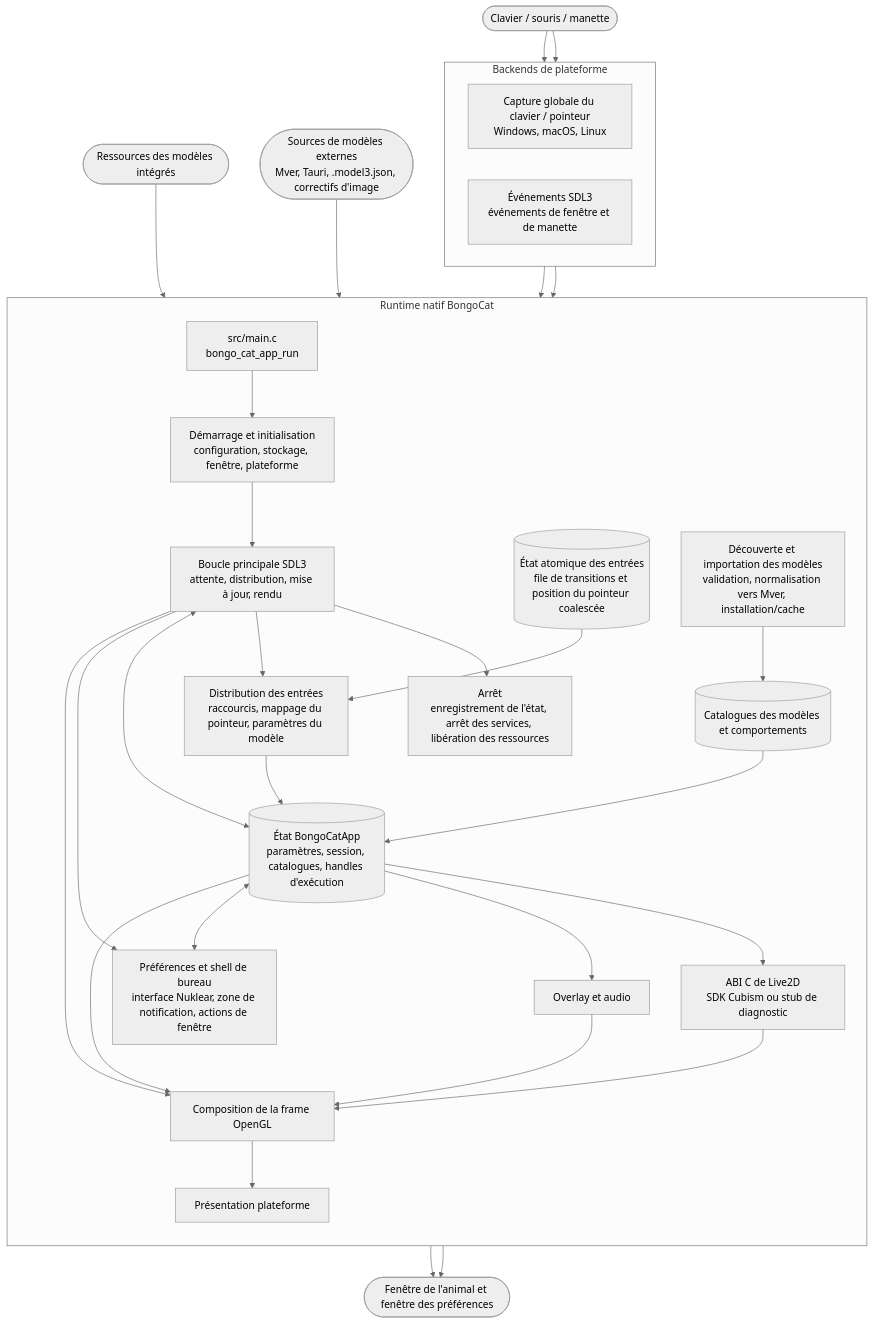
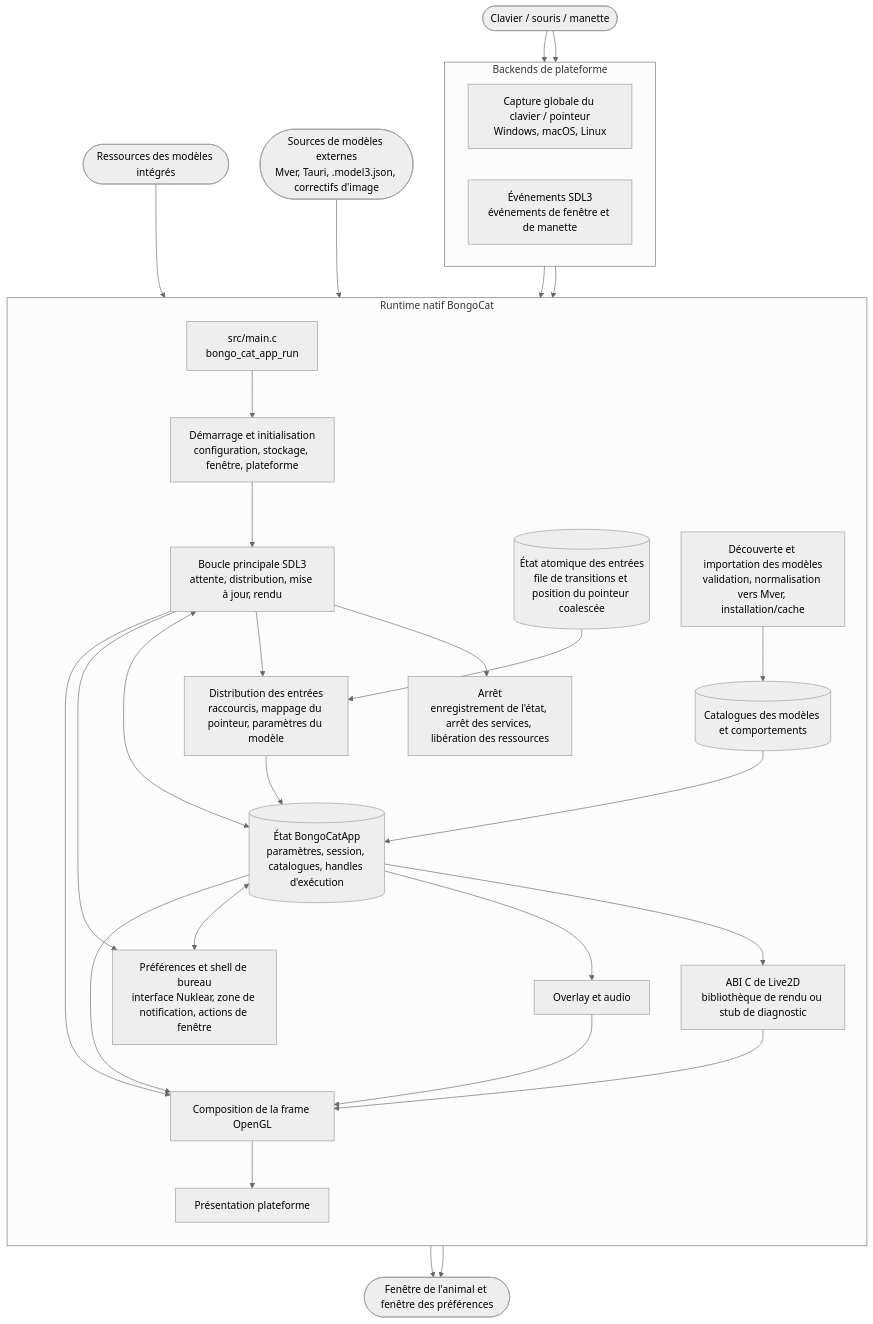
The diagram in docs/README.fr-FR.md (TianMengLucky/BongoCat-X), drawn with Mermaid (neutral theme) before and after one commit. The commit also changed other lines of this file and 62 other files, not shown here.

Commit message:
feat. Live2D SDK but Plugin mode

````diff
--- a/docs/README.fr-FR.md
+++ b/docs/README.fr-FR.md
@@ -328,50 +344,50 @@
 ```mermaid
 flowchart TB
   Input(["Clavier / souris / manette"])
   BuiltIn(["Ressources des modèles intégrés"])
   Sources(["Sources de modèles externes<br/>Mver, Tauri, .model3.json, correctifs d'image"])
   Desktop(["Fenêtre de l'animal et fenêtre des préférences"])
   subgraph Runtime["Runtime natif BongoCat"]
     direction TB
     Entry["src/main.c<br/>bongo_cat_app_run"]
     Startup["Démarrage et initialisation<br/>configuration, stockage, fenêtre, plateforme"]
     Loop["Boucle principale SDL3<br/>attente, distribution, mise à jour, rendu"]
     Shutdown["Arrêt<br/>enregistrement de l'état, arrêt des services, libération des ressources"]
     InputQueue[("État atomique des entrées<br/>file de transitions et position du pointeur coalescée")]
     InputDispatch["Distribution des entrées<br/>raccourcis, mappage du pointeur, paramètres du modèle"]
     State[("État BongoCatApp<br/>paramètres, session, catalogues, handles d'exécution")]
     Import["Découverte et importation des modèles<br/>validation, normalisation vers Mver, installation/cache"]
     Catalog[("Catalogues des modèles et comportements")]
-    Live2D["ABI C de Live2D<br/>SDK Cubism ou stub de diagnostic"]
+    Live2D["ABI C de Live2D<br/>bibliothèque de rendu ou stub de diagnostic"]
     Overlay["Overlay et audio"]
     Preferences["Préférences et shell de bureau<br/>interface Nuklear, zone de notification, actions de fenêtre"]
     Compose["Composition de la frame OpenGL"]
     Present["Présentation plateforme"]
     Entry --> Startup --> Loop
     Loop --> Shutdown
     Loop --> InputDispatch --> State
     Loop <--> State
     State --> Live2D
     State --> Overlay
     State <--> Preferences
     Loop --> Preferences
     Catalog --> State
     State --> Compose
     Live2D --> Compose
     Overlay --> Compose
     Compose --> Present
     Loop --> Compose
   end
   subgraph Platform["Backends de plateforme"]
     direction LR
     Global["Capture globale du clavier / pointeur<br/>Windows, macOS, Linux"]
     SDL["Événements SDL3<br/>événements de fenêtre et de manette"]
   end
 
   Input --> Global --> InputQueue --> InputDispatch
   Input --> SDL --> Loop
   BuiltIn --> Catalog
   Sources --> Import --> Catalog
   Present --> Desktop
   Preferences --> Desktop
 ```
````
